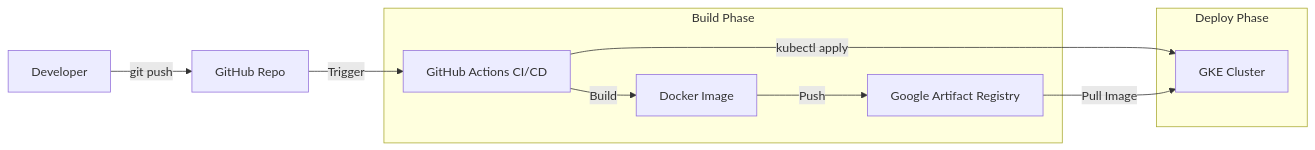
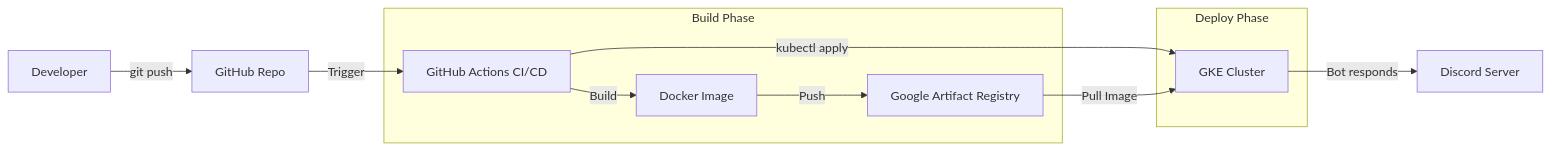
Before and after one commit to Xellor-Dev/discord-k8s-bot: the diagram in README.md, drawn with Mermaid. The commit also changed other lines of this file, not shown here.

````diff
--- a/README.md
+++ b/README.md
@@ -1,15 +35,17 @@
 ```mermaid
 graph LR
     User[Developer] -->|git push| GitHub[GitHub Repo]
     GitHub -->|Trigger| Actions[GitHub Actions CI/CD]
     
     subgraph Build Phase
         Actions -->|Build| Docker[Docker Image]
-        Docker -->|Push| GCR[Google Artifact Registry]
+        Docker -->|Push| GAR[Google Artifact Registry]
     end
     
     subgraph Deploy Phase
         Actions -->|kubectl apply| GKE[GKE Cluster]
-        GCR -->|Pull Image| GKE
+        GAR -->|Pull Image| GKE
     end
+    
+    GKE -->|Bot responds| Discord[Discord Server]
 ```
````
